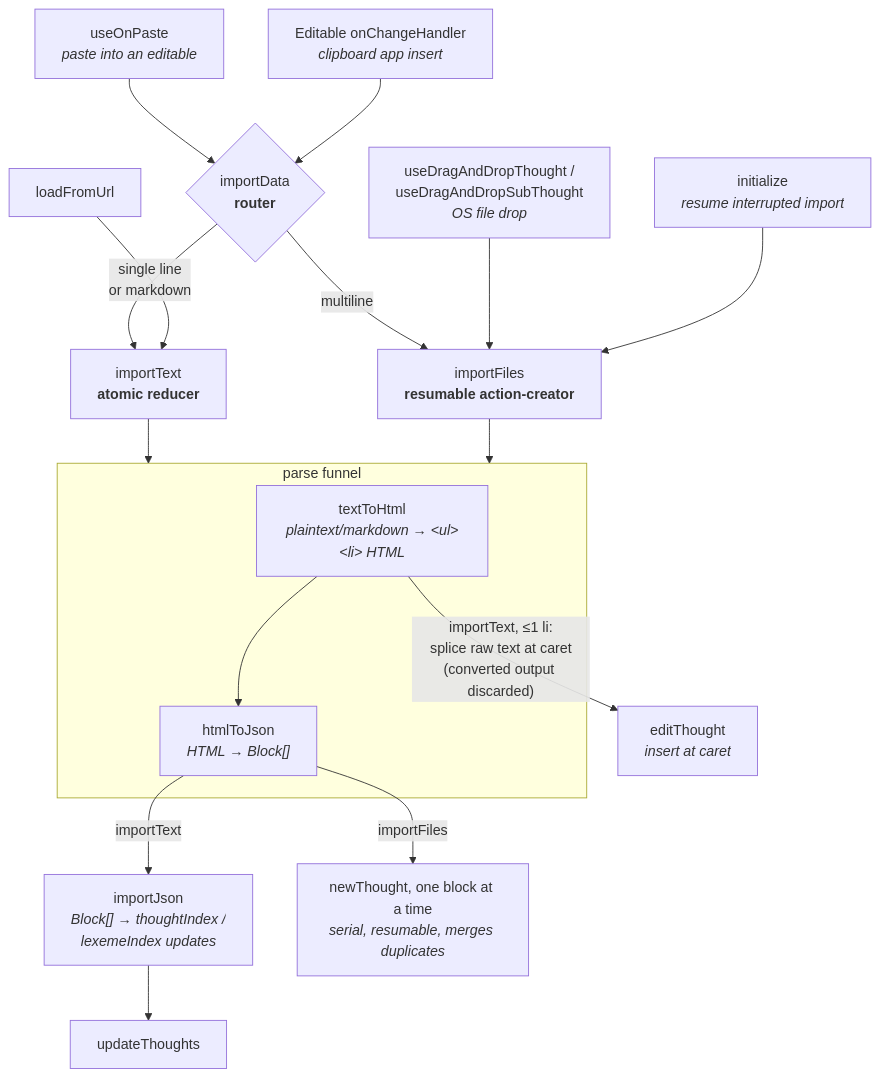
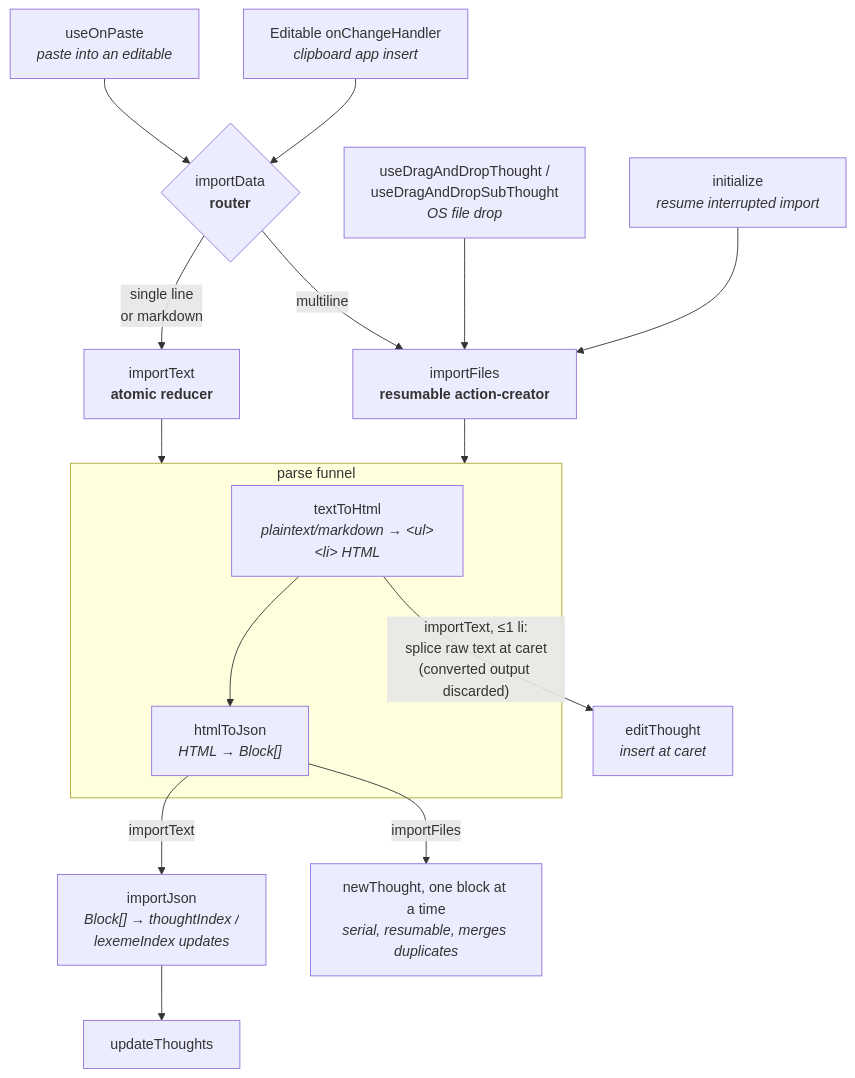
The diagram in docs/import-pipeline.md (cybersemics/em), drawn with Mermaid before and after one commit. The commit also changed other lines of this file, not shown here.

Commit message:
docs(import-pipeline): remove loadFromUrl, deleted in #5170

````diff
--- a/docs/import-pipeline.md
+++ b/docs/import-pipeline.md
@@ -9,38 +9,36 @@
 ```mermaid
 flowchart TD
     paste["useOnPaste<br/><i>paste into an editable</i>"]
     clipapp["Editable onChangeHandler<br/><i>clipboard app insert</i>"]
     dnd["useDragAndDropThought /<br/>useDragAndDropSubThought<br/><i>OS file drop</i>"]
     resume["initialize<br/><i>resume interrupted import</i>"]
-    url["loadFromUrl"]
 
     importData{"importData<br/><b>router</b>"}
     importText["importText<br/><b>atomic reducer</b>"]
     importFiles["importFiles<br/><b>resumable action-creator</b>"]
 
     paste --> importData
     clipapp --> importData
     importData -- "single line<br/>or markdown" --> importText
     importData -- "multiline" --> importFiles
     dnd --> importFiles
     resume --> importFiles
-    url --> importText
 
     subgraph funnel ["parse funnel"]
         textToHtml["textToHtml<br/><i>plaintext/markdown → &lt;ul&gt;&lt;li&gt; HTML</i>"]
         htmlToJson["htmlToJson<br/><i>HTML → Block[]</i>"]
         textToHtml --> htmlToJson
     end
 
     importText --> funnel
     importFiles --> funnel
 
     inline["editThought<br/><i>insert at caret</i>"]
     importJson["importJson<br/><i>Block[] → thoughtIndex /<br/>lexemeIndex updates</i>"]
     newThought["newThought, one block at a time<br/><i>serial, resumable, merges duplicates</i>"]
 
     textToHtml -- "importText, ≤1 li:<br/>splice raw text at caret<br/>(converted output discarded)" --> inline
     htmlToJson -- "importText" --> importJson
     htmlToJson -- "importFiles" --> newThought
     importJson --> updateThoughts["updateThoughts"]
 ```
````
